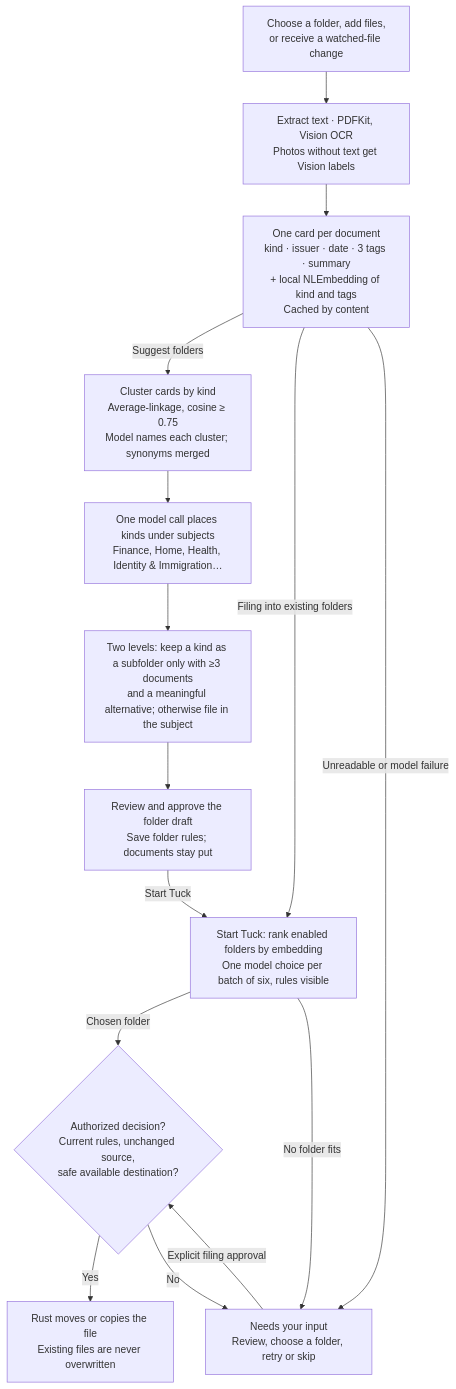
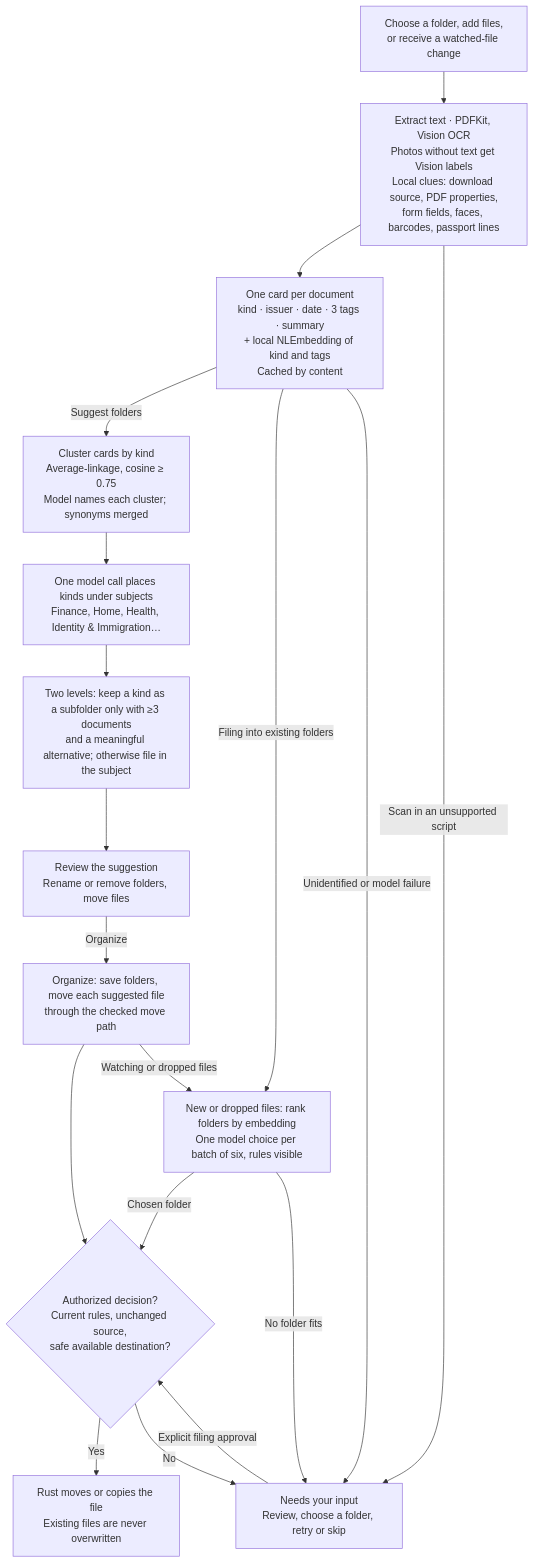
Before and after one commit to Haffaz/tuck: the second of 2 diagrams in docs/architecture.md, drawn with Mermaid. The commit also changed other lines of this file and 57 other files, not shown here.

First line of the commit message:
feat: one-screen UI, playful look and file clues

````diff
--- a/docs/architecture.md
+++ b/docs/architecture.md
@@ -38,24 +38,28 @@
 ```mermaid
 flowchart TD
     INPUT["Choose a folder, add files,<br/>or receive a watched-file change"]
-    READ["Extract text · PDFKit, Vision OCR<br/>Photos without text get Vision labels"]
+    READ["Extract text · PDFKit, Vision OCR<br/>Photos without text get Vision labels<br/>Local clues: download source, PDF properties,<br/>form fields, faces, barcodes, passport lines"]
     CARD["One card per document<br/>kind · issuer · date · 3 tags · summary<br/>+ local NLEmbedding of kind and tags<br/>Cached by content"]
     KINDS["Cluster cards by kind<br/>Average-linkage, cosine ≥ 0.75<br/>Model names each cluster; synonyms merged"]
     SUBJECTS["One model call places kinds under subjects<br/>Finance, Home, Health, Identity & Immigration…"]
     LAYOUT["Two levels: keep a kind as a subfolder only with ≥3 documents<br/>and a meaningful alternative; otherwise file in the subject"]
-    APPROVE["Review and approve the folder draft<br/>Save folder rules; documents stay put"]
-    MATCH["Start Tuck: rank enabled folders by embedding<br/>One model choice per batch of six, rules visible"]
+    APPROVE["Review the suggestion<br/>Rename or remove folders, move files"]
+    MOVE["Organize: save folders, move each suggested file<br/>through the checked move path"]
+    MATCH["New or dropped files: rank folders by embedding<br/>One model choice per batch of six, rules visible"]
     CHECK{"Authorized decision?<br/>Current rules, unchanged source,<br/>safe available destination?"}
     WRITE["Rust moves or copies the file<br/>Existing files are never overwritten"]
     REVIEW["Needs your input<br/>Review, choose a folder, retry or skip"]
     INPUT --> READ --> CARD
     CARD -->|"Suggest folders"| KINDS --> SUBJECTS --> LAYOUT --> APPROVE
-    APPROVE -->|"Start Tuck"| MATCH
+    APPROVE -->|"Organize"| MOVE
+    MOVE --> CHECK
+    MOVE -->|"Watching or dropped files"| MATCH
     CARD -->|"Filing into existing folders"| MATCH
-    CARD -->|"Unreadable or model failure"| REVIEW
+    READ -->|"Scan in an unsupported script"| REVIEW
+    CARD -->|"Unidentified or model failure"| REVIEW
     MATCH -->|"Chosen folder"| CHECK
     MATCH -->|"No folder fits"| REVIEW
     CHECK -->|"Yes"| WRITE
     CHECK -->|"No"| REVIEW
     REVIEW -->|"Explicit filing approval"| CHECK
 ```
````
